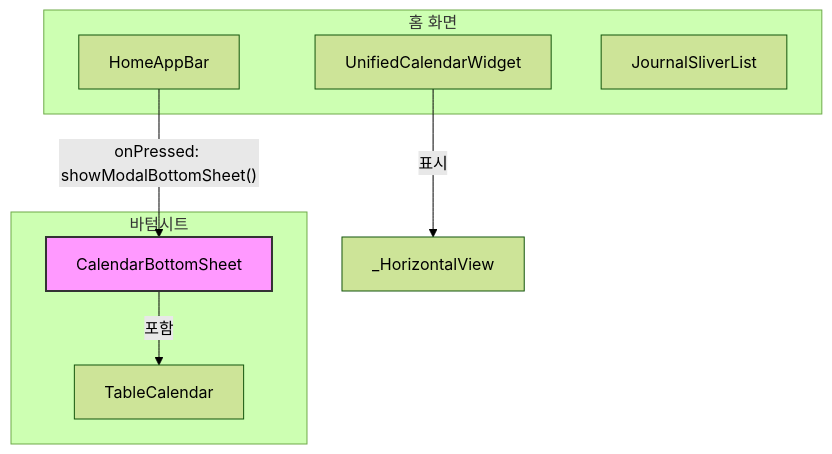
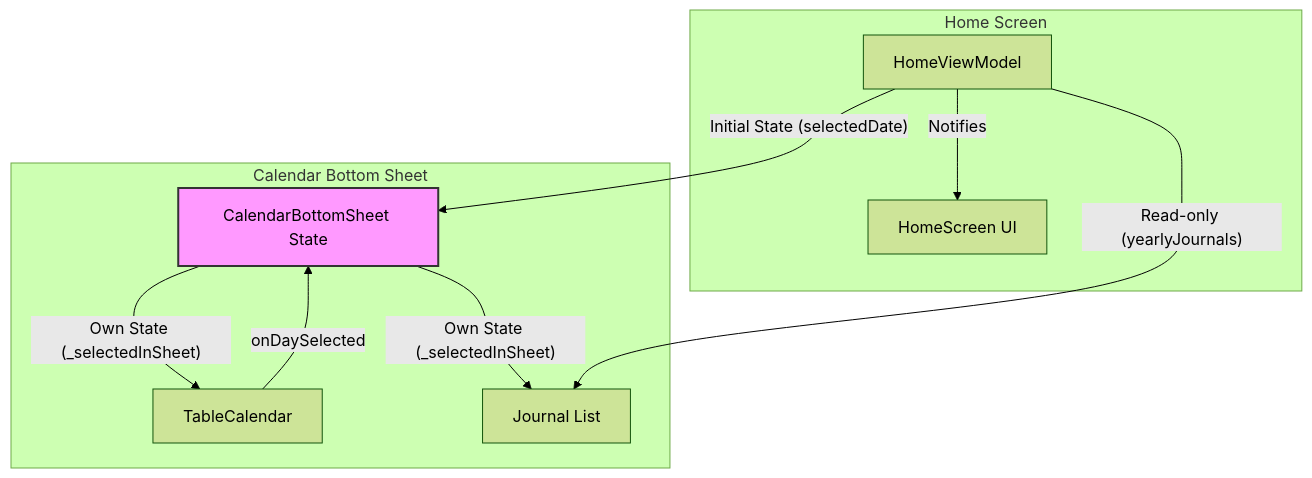
One commit to kidboi666/moodlog_flutter changed the diagram in MODIFICATION_DESIGN.md. Above: the diagram before and after it, drawn with Mermaid (forest theme). The commit also changed other lines of this file and 3 other files, not shown here.

````diff
--- a/MODIFICATION_DESIGN.md
+++ b/MODIFICATION_DESIGN.md
@@ -79,19 +59,23 @@
 ```mermaid
 graph TD
-    subgraph 홈 화면
-        A[HomeAppBar]
-        B[UnifiedCalendarWidget]
-        C[JournalSliverList]
+    subgraph Home Screen
+        A[HomeViewModel]
+        B[HomeScreen UI]
+        A -- "Notifies" --> B
     end
 
-    subgraph 바텀시트
-        D[CalendarBottomSheet]
-        E[TableCalendar]
+    subgraph Calendar Bottom Sheet
+        C[CalendarBottomSheet State]
+        D[TableCalendar]
+        E[Journal List]
+
+        C -- "Own State (_selectedInSheet)" --> D
+        C -- "Own State (_selectedInSheet)" --> E
+        D -- "onDaySelected" --> C
     end
 
-    A -- "onPressed: showModalBottomSheet()" --> D;
-    D -- "포함" --> E;
-    B -- "표시" --> F[_HorizontalView];
+    A -- "Read-only (yearlyJournals)" --> E
+    A -- "Initial State (selectedDate)" --> C
 
-    style D fill:#f9f,stroke:#333,stroke-width:2px
+    style C fill:#f9f,stroke:#333,stroke-width:2px
 ```
````
